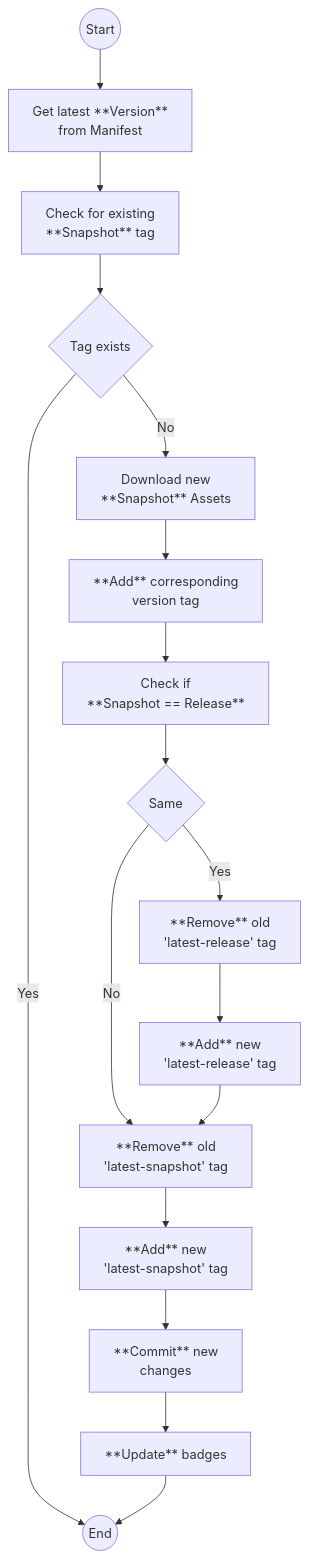
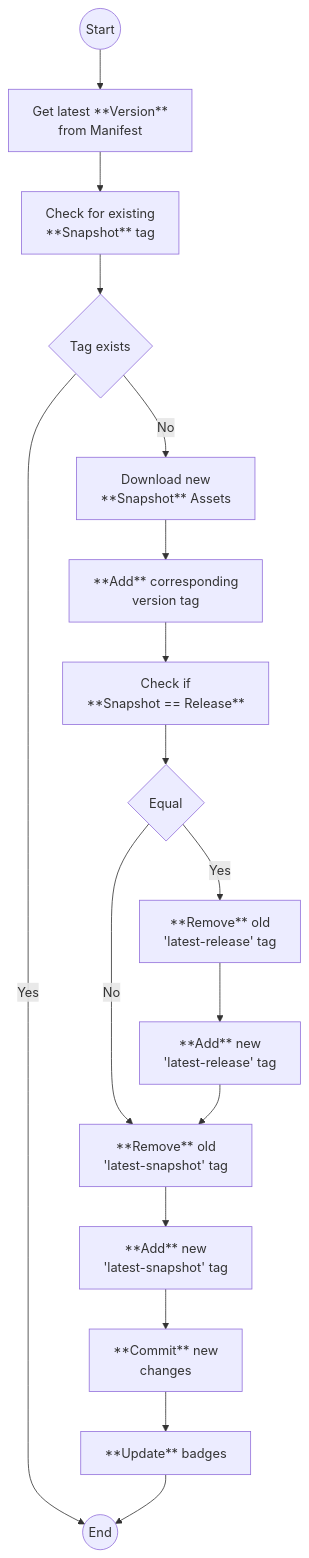
The diagram in README.md (Resourcepack-Registry/default), drawn with Mermaid before and after one commit.

````diff
--- a/README.md
+++ b/README.md
@@ -25,46 +25,46 @@
 ```mermaid
 flowchart TD
     START((Start))
     --> 
     A[Get latest **Version**<br>from Manifest]
     --> 
     B[Check for existing<br>**Snapshot** tag]
     -->
     TAG_EXISTS{Tag exists}
     -->
     |No| TAG_EXISTS_NO-A[Download new<br>**Snapshot** Assets]
     -->
     TAG_EXISTS_NO-B[**Add** corresponding<br>version tag]
     -->
     TAG_EXISTS_NO-C[Check if<br>**Snapshot == Release**]
     -->
-    TAG_EXISTS_NO-SAME{Same}
+    TAG_EXISTS_NO-EQUAL{Equal}
     -->
-    |Yes| TAG_EXISTS_NO-SAME_YES-A[**Remove** old<br>'latest-release' tag]
+    |Yes| TAG_EXISTS_NO-EQUAL_YES-A[**Remove** old<br>'latest-release' tag]
     -->
-    TAG_EXISTS_NO-SAME_YES-B[**Add** new<br>'latest-release' tag]
+    TAG_EXISTS_NO-EQUAL_YES-B[**Add** new<br>'latest-release' tag]
     
-    TAG_EXISTS_NO-SAME
+    TAG_EXISTS_NO-EQUAL
     -->
     |No| TAG_EXISTS_NO-D[**Remove** old<br>'latest-release' tag]
     
-    TAG_EXISTS_NO-SAME_YES-B
+    TAG_EXISTS_NO-EQUAL_YES-B
     -->
     TAG_EXISTS_NO-D
 
     TAG_EXISTS_NO-D[**Remove** old<br>'latest-snapshot' tag]
     -->
     TAG_EXISTS_NO-E[**Add** new<br>'latest-snapshot' tag]
     -->
     TAG_EXISTS_NO-F[**Commit** new<br>changes]
     -->
     TAG_EXISTS_NO-G[**Update** badges]
 
     TAG_EXISTS
     -->
     |Yes| END
 
     TAG_EXISTS_NO-G
     -->
     END((End))
 ```
````
